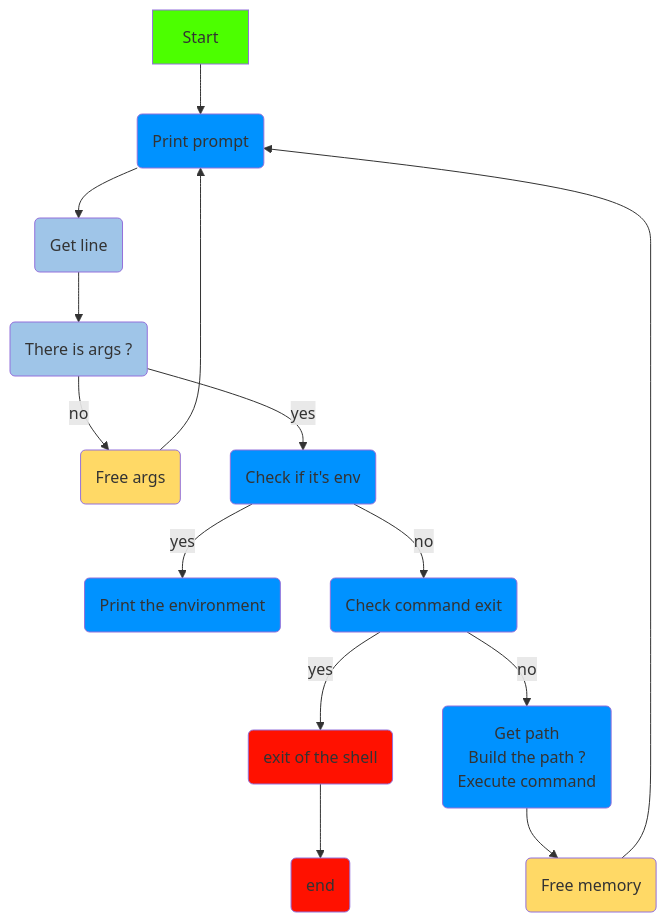
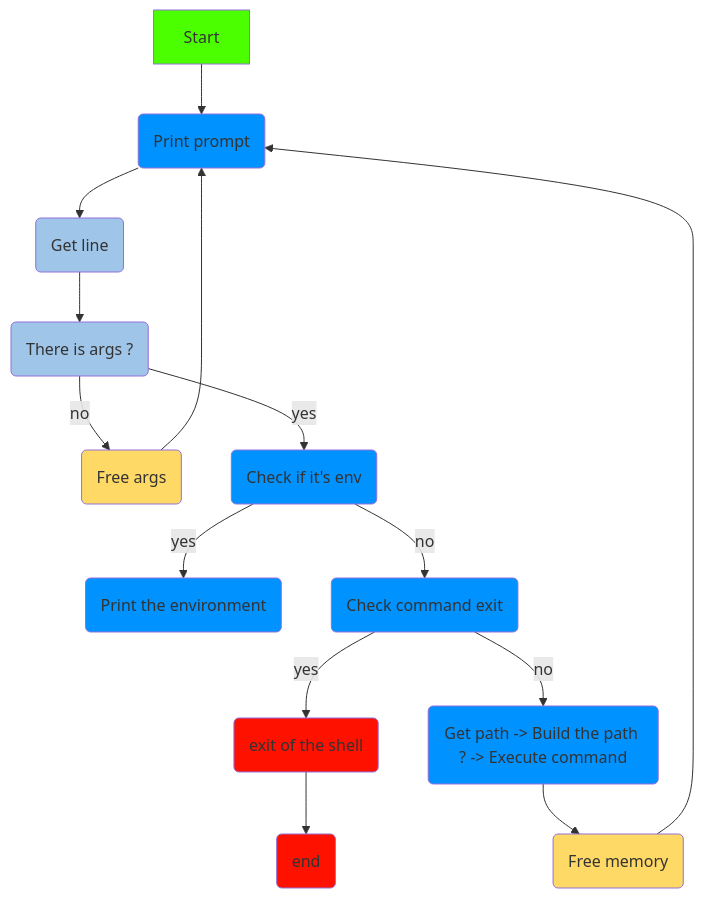
Before and after one commit to KillianRipoche/holbertonschool-simple_shell: the diagram in README.md, drawn with Mermaid.

Commit message:
Fix output of the flowchart

````diff
--- a/README.md
+++ b/README.md
@@ -17,39 +17,39 @@
 ```mermaid
 
 flowchart TD
 
 classDef start fill:#4cff00
 
 classDef fonction fill:#0092ff
 
 classDef return fill:#ff1100
 
 classDef memory fill:#ffd966
 
 classDef function fill:#9fc5e8
 
 A[Start]:::start --> B(Print prompt):::fonction
 
 B --> C(Get line):::function
 
 C --> D(There is args ?):::function
 
 D -- no --> E(Free args):::memory
 
 D -- yes --> F(Check if it's env):::fonction
 
 F -- yes --> G(Print the environment):::fonction
 
 F -- no --> H(Check command exit):::fonction
 
 H -- yes --> I(exit of the shell):::return --> Z(end):::return
 
-H -- no --> J(Get path \n Build the path ? \n Execute command):::fonction
+H -- no --> J(Get path -> Build the path ? -> Execute command):::fonction
 
 J --> K(Free memory):::memory
 
 K --> B
 
 E --> B
 
 ```
````
